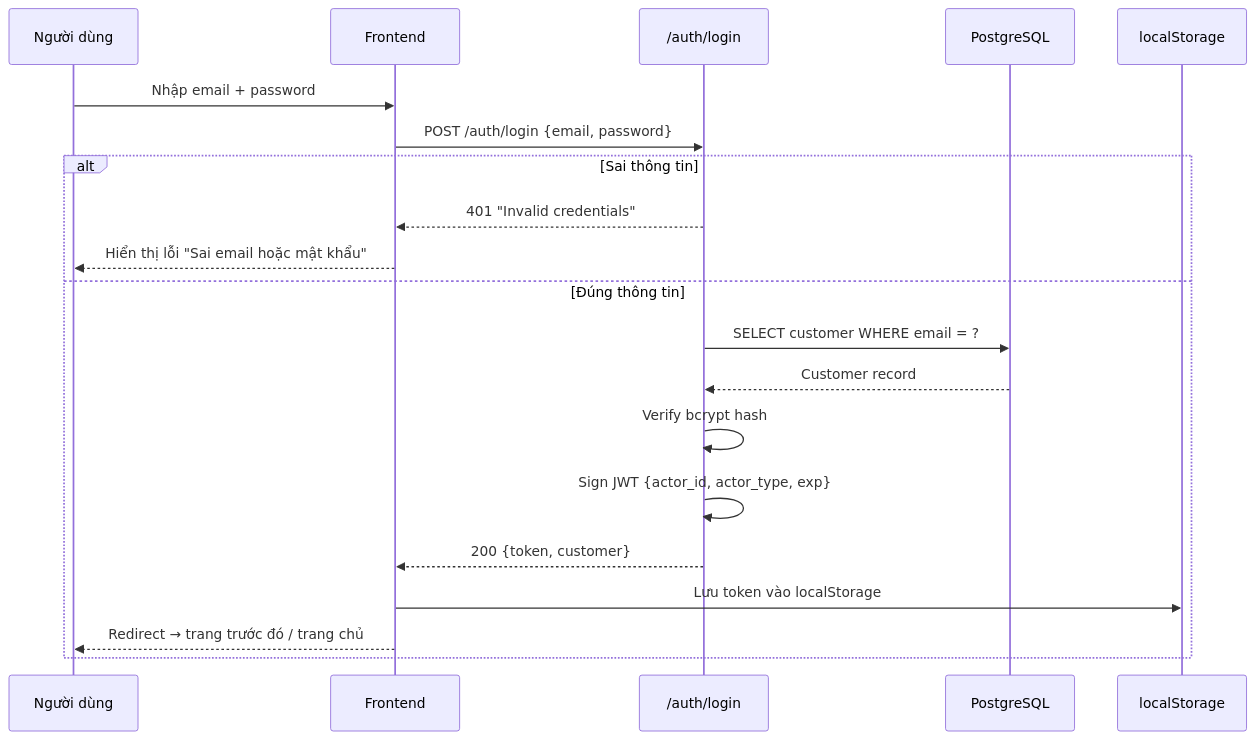
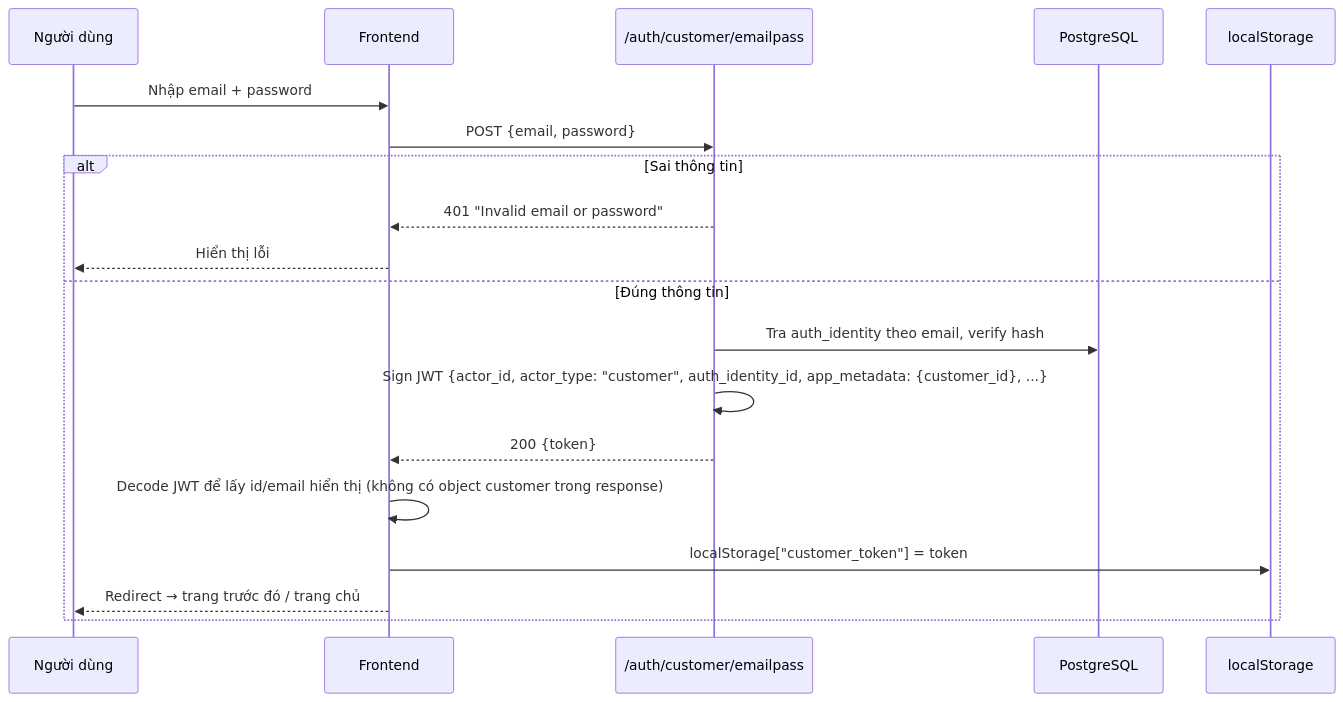
One commit to pathust/mong.fruitboxz changed the second of 5 diagrams in docs/01-auth/flows.md. Above: the diagram before and after it, drawn with Mermaid. The commit also changed other lines of this file and 1 other file, not shown here.

````diff
--- a/docs/01-auth/flows.md
+++ b/docs/01-auth/flows.md
@@ -34,24 +45,23 @@
 ```mermaid
 sequenceDiagram
     participant U as Người dùng
     participant SF as Frontend
-    participant API as /auth/login
+    participant API as /auth/customer/emailpass
     participant DB as PostgreSQL
     participant LS as localStorage
 
     U->>SF: Nhập email + password
-    SF->>API: POST /auth/login {email, password}
+    SF->>API: POST {email, password}
 
     alt Sai thông tin
-        API-->>SF: 401 "Invalid credentials"
-        SF-->>U: Hiển thị lỗi "Sai email hoặc mật khẩu"
+        API-->>SF: 401 "Invalid email or password"
+        SF-->>U: Hiển thị lỗi
     else Đúng thông tin
-        API->>DB: SELECT customer WHERE email = ?
-        DB-->>API: Customer record
-        API->>API: Verify bcrypt hash
-        API->>API: Sign JWT {actor_id, actor_type, exp}
-        API-->>SF: 200 {token, customer}
-        SF->>LS: Lưu token vào localStorage
+        API->>DB: Tra auth_identity theo email, verify hash
+        API->>API: Sign JWT {actor_id, actor_type: "customer", auth_identity_id, app_metadata: {customer_id}, ...}
+        API-->>SF: 200 {token}
+        SF->>SF: Decode JWT để lấy id/email hiển thị (không có object customer trong response)
+        SF->>LS: localStorage["customer_token"] = token
         SF-->>U: Redirect → trang trước đó / trang chủ
     end
 ```
````
